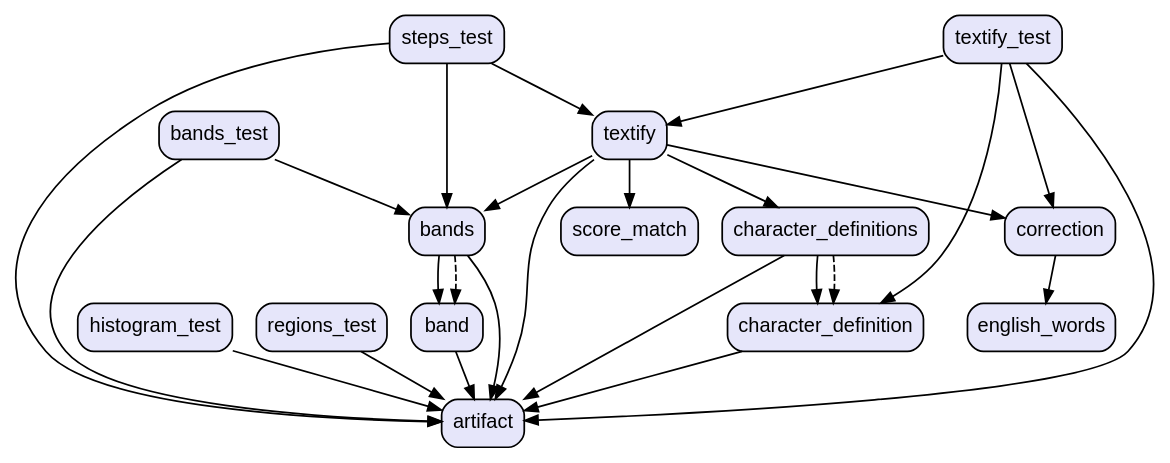
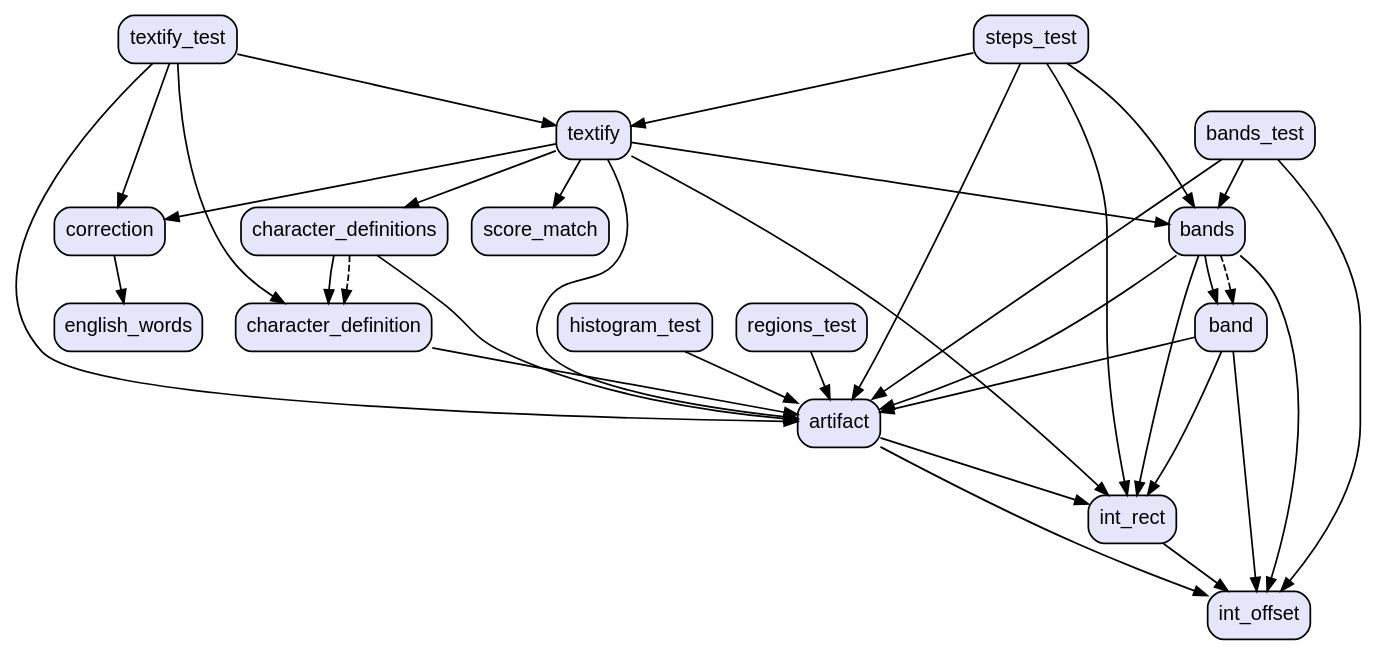
Before and after one commit to vteam-com/TEXTify: the diagram in graph.dot, drawn with Graphviz. The commit also changed 13 other files, not shown here.

```diff
--- a/graph.dot
+++ b/graph.dot
@@ -1,44 +1,56 @@
 digraph "" {
   graph [style=rounded fontname="Arial Black" fontsize=13 penwidth=2.6];
   node [shape=rect style="filled,rounded" fontname=Arial fontsize=15 fillcolor=Lavender penwidth=1.3];
   edge [penwidth=1.3];
   "/test/textify_test.dart" [label="textify_test"];
   "/test/bands_test.dart" [label="bands_test"];
   "/test/histogram_test.dart" [label="histogram_test"];
   "/test/regions_test.dart" [label="regions_test"];
   "/test/steps_test.dart" [label="steps_test"];
   "/lib/band.dart" [label="band"];
   "/lib/artifact.dart" [label="artifact"];
   "/lib/score_match.dart" [label="score_match"];
   "/lib/character_definition.dart" [label="character_definition"];
+  "/lib/int_rect.dart" [label="int_rect"];
   "/lib/textify.dart" [label="textify"];
   "/lib/character_definitions.dart" [label="character_definitions"];
   "/lib/correction.dart" [label="correction"];
   "/lib/english_words.dart" [label="english_words"];
+  "/lib/int_offset.dart" [label="int_offset"];
   "/lib/bands.dart" [label="bands"];
   "/test/textify_test.dart" -> "/lib/artifact.dart";
   "/test/textify_test.dart" -> "/lib/character_definition.dart";
   "/test/textify_test.dart" -> "/lib/correction.dart";
   "/test/textify_test.dart" -> "/lib/textify.dart";
   "/test/bands_test.dart" -> "/lib/artifact.dart";
   "/test/bands_test.dart" -> "/lib/bands.dart";
+  "/test/bands_test.dart" -> "/lib/int_offset.dart";
   "/test/histogram_test.dart" -> "/lib/artifact.dart";
   "/test/regions_test.dart" -> "/lib/artifact.dart";
   "/test/steps_test.dart" -> "/lib/artifact.dart";
   "/test/steps_test.dart" -> "/lib/bands.dart";
+  "/test/steps_test.dart" -> "/lib/int_rect.dart";
   "/test/steps_test.dart" -> "/lib/textify.dart";
   "/lib/band.dart" -> "/lib/artifact.dart";
+  "/lib/band.dart" -> "/lib/int_offset.dart";
+  "/lib/band.dart" -> "/lib/int_rect.dart";
+  "/lib/artifact.dart" -> "/lib/int_offset.dart";
+  "/lib/artifact.dart" -> "/lib/int_rect.dart";
   "/lib/character_definition.dart" -> "/lib/artifact.dart";
+  "/lib/int_rect.dart" -> "/lib/int_offset.dart";
   "/lib/textify.dart" -> "/lib/artifact.dart";
   "/lib/textify.dart" -> "/lib/bands.dart";
   "/lib/textify.dart" -> "/lib/character_definitions.dart";
   "/lib/textify.dart" -> "/lib/correction.dart";
+  "/lib/textify.dart" -> "/lib/int_rect.dart";
   "/lib/textify.dart" -> "/lib/score_match.dart";
   "/lib/character_definitions.dart" -> "/lib/artifact.dart";
   "/lib/character_definitions.dart" -> "/lib/character_definition.dart";
   "/lib/character_definitions.dart" -> "/lib/character_definition.dart" [style=dashed];
   "/lib/correction.dart" -> "/lib/english_words.dart";
   "/lib/bands.dart" -> "/lib/artifact.dart";
   "/lib/bands.dart" -> "/lib/band.dart";
+  "/lib/bands.dart" -> "/lib/int_offset.dart";
+  "/lib/bands.dart" -> "/lib/int_rect.dart";
   "/lib/bands.dart" -> "/lib/band.dart" [style=dashed];
 }
```
